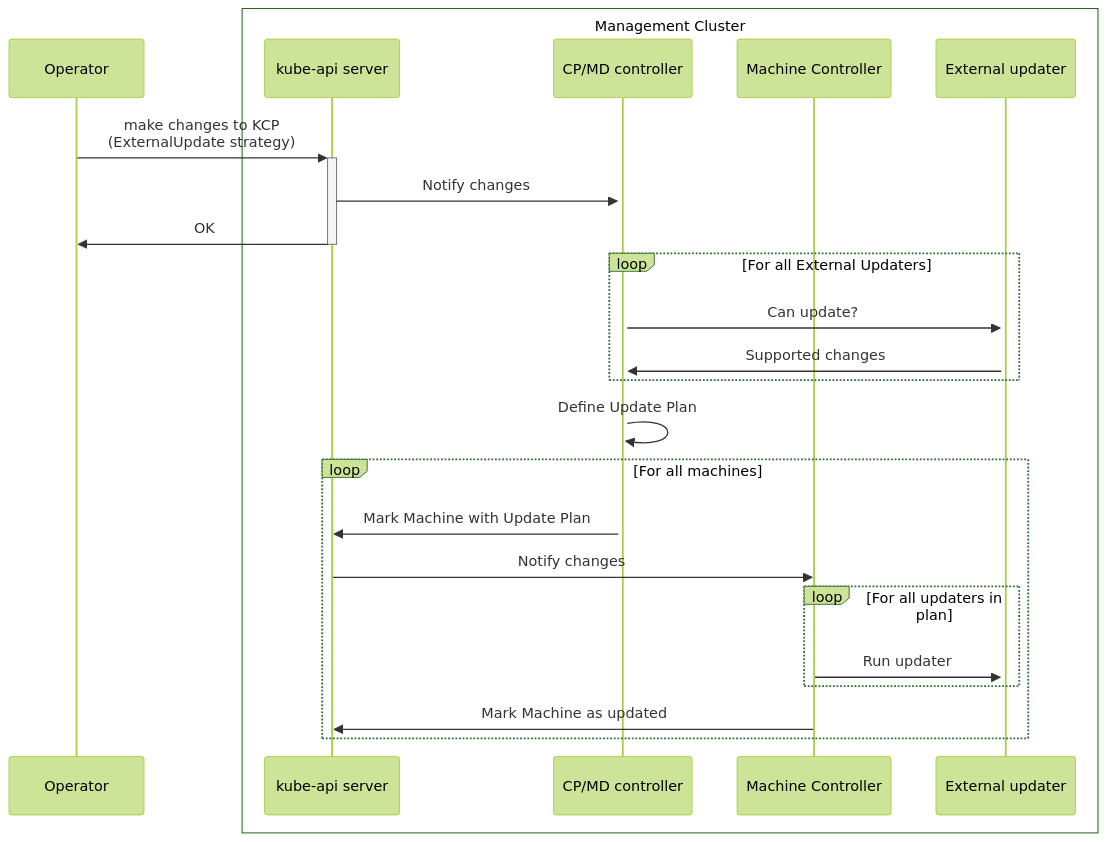
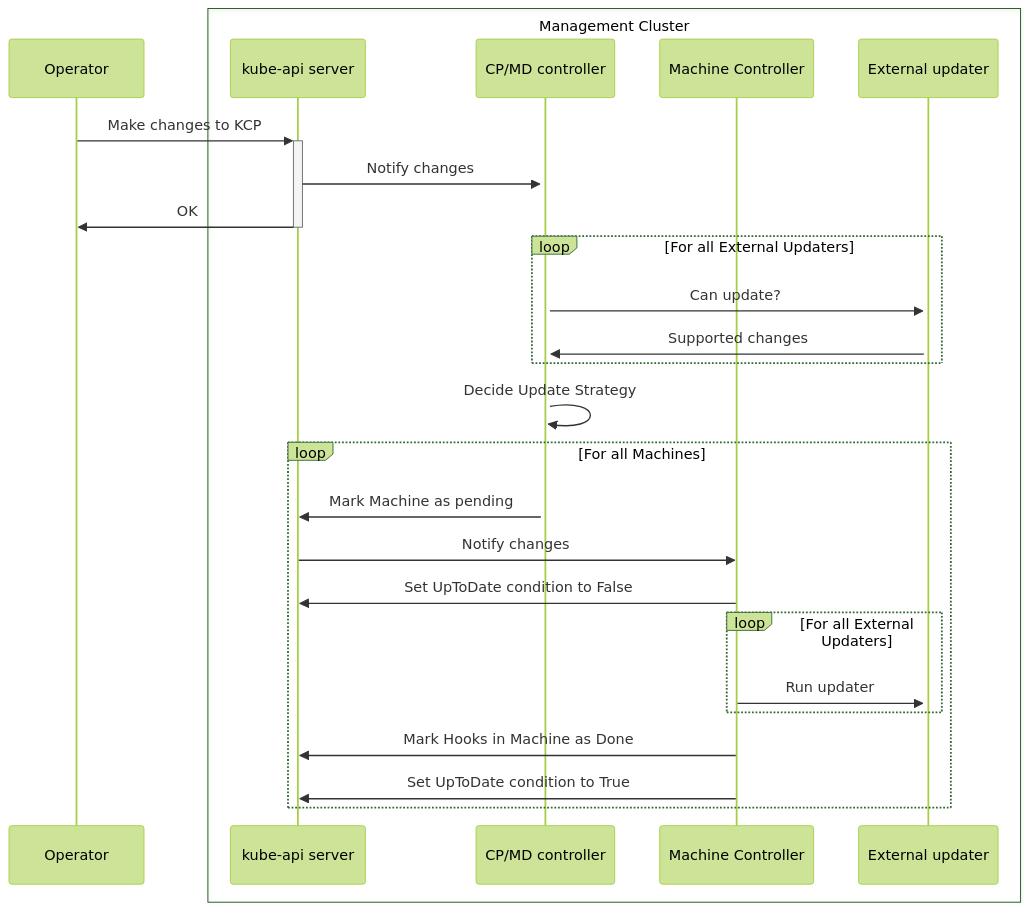
One commit to kubernetes-sigs/cluster-api changed the first of 9 diagrams in docs/proposals/20240807-in-place-updates.md. Above: the diagram before and after it, drawn with Mermaid (forest theme). The commit also changed other lines of this file, not shown here.

````diff
--- a/docs/proposals/20240807-in-place-updates.md
+++ b/docs/proposals/20240807-in-place-updates.md
@@ -194,29 +201,30 @@
 ```mermaid
 sequenceDiagram
     participant Operator
 
     box Management Cluster
         participant apiserver as kube-api server
         participant capi as CP/MD controller
         participant mach as Machine Controller
         participant hook as External updater
     end
 
-
-    Operator->>+apiserver: make changes to KCP <br>(ExternalUpdate strategy)
+    Operator->>+apiserver: Make changes to KCP
     apiserver->>+capi: Notify changes
     apiserver->>-Operator: OK
     loop For all External Updaters
         capi->>+hook: Can update?
         hook->>capi: Supported changes
     end
-    capi->>capi: Define Update Plan
-    loop For all machines
-        capi->>apiserver: Mark Machine with Update Plan
+    capi->>capi: Decide Update Strategy
+    loop For all Machines
+        capi->>apiserver: Mark Machine as pending
         apiserver->>mach: Notify changes
-        loop For all updaters in plan
+        mach->>apiserver: Set UpToDate condition to False
+        loop For all External Updaters
             mach->>hook: Run updater
         end
-        mach->>apiserver: Mark Machine as updated
+        mach->>apiserver: Mark Hooks in Machine as Done
+        mach->>apiserver: Set UpToDate condition to True
     end
 ```
````
